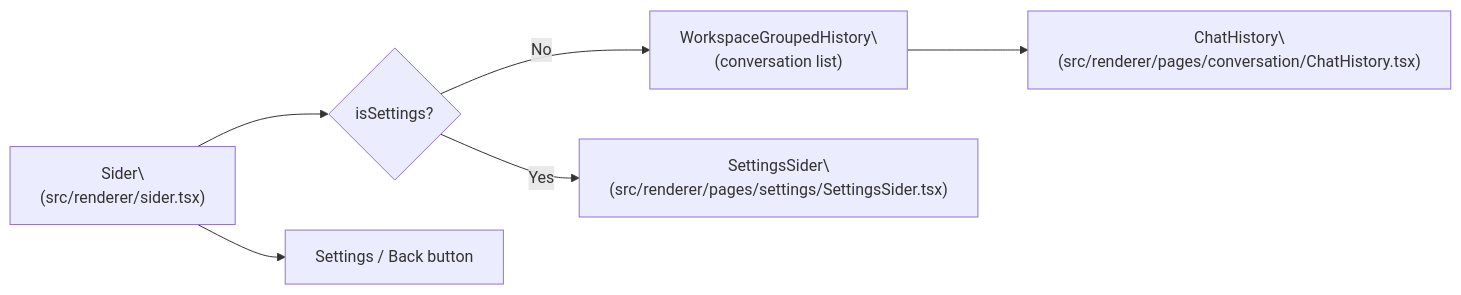
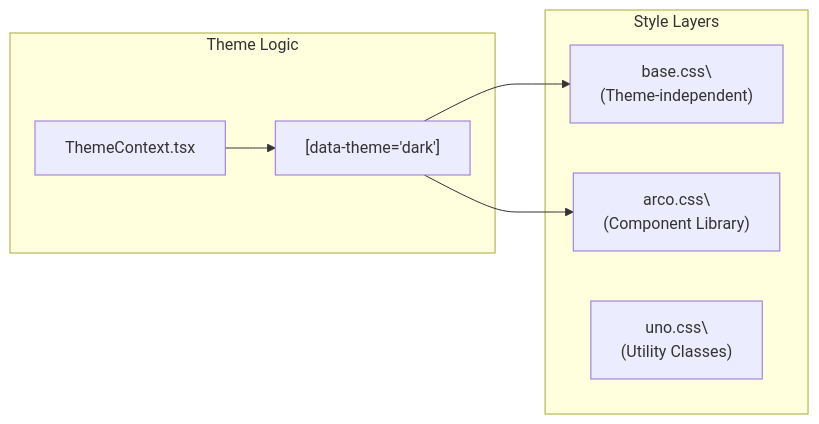
One commit to blackcater/zentree changed the second of 2 diagrams in docs/iOfficeAI_AionUi/user-interface/index.md. Above: the diagram before and after it, drawn with Mermaid. The commit also changed other lines of this file and 232 other files, not shown here.

````diff
--- a/docs/iOfficeAI_AionUi/user-interface/index.md
+++ b/docs/iOfficeAI_AionUi/user-interface/index.md
@@ -146,19 +132,20 @@
 ```mermaid
 graph LR
-    Sider["Sider\
-(src/renderer/sider.tsx)"]
-    isSettings{"isSettings?"}
-    WorkspaceGroupedHistory["WorkspaceGroupedHistory\
-(conversation list)"]
-    SettingsSider["SettingsSider\
-(src/renderer/pages/settings/SettingsSider.tsx)"]
-    ChatHistory["ChatHistory\
-(src/renderer/pages/conversation/ChatHistory.tsx)"]
-    Footer["Settings / Back button"]
+    subgraph "Style Layers"
+        Base["base.css\
+(Theme-independent)"]
+        Arco["arco.css\
+(Component Library)"]
+        Uno["uno.css\
+(Utility Classes)"]
+    end
 
-    Sider --> isSettings
-    isSettings -- "No" --> WorkspaceGroupedHistory
-    isSettings -- "Yes" --> SettingsSider
-    WorkspaceGroupedHistory --> ChatHistory
-    Sider --> Footer
+    subgraph "Theme Logic"
+        ThemeCtx["ThemeContext.tsx"]
+        Attr["[data-theme='dark']"]
+    end
+
+    ThemeCtx --> Attr
+    Attr --> Base
+    Attr --> Arco
 ```
````
